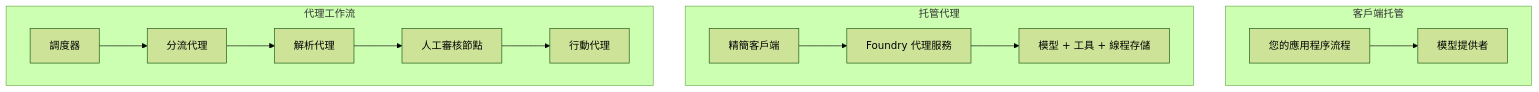
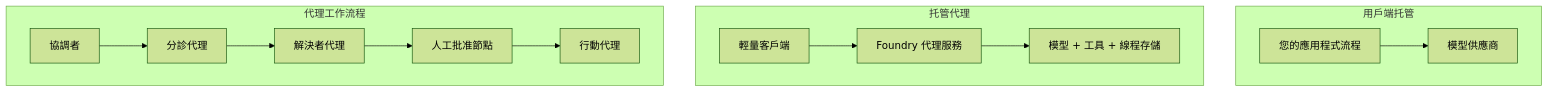
One commit to gabrielmoreira/agent-skills-mirror changed the first of 4 diagrams in mirrors/repos/microsoft@ai-agents-for-beginners/translations/zh-HK/16-deploying-scalable-agents/README.md. Above: the diagram before and after it, drawn with Mermaid (forest theme). The commit also changed other lines of this file and 4262 other files, not shown here.

````diff
--- a/mirrors/repos/microsoft@ai-agents-for-beginners/translations/zh-HK/16-deploying-scalable-agents/README.md
+++ b/mirrors/repos/microsoft@ai-agents-for-beginners/translations/zh-HK/16-deploying-scalable-agents/README.md
@@ -87,16 +87,16 @@
 ```mermaid
 flowchart TB
-    subgraph P1[客戶端托管]
-        A1[您的應用程序流程] --> M1[模型提供者]
+    subgraph P1[用戶端托管]
+        A1[您的應用程式流程] --> M1[模型供應商]
     end
     subgraph P2[托管代理]
-        A2[精簡客戶端] --> F2[Foundry 代理服務]
+        A2[輕量客戶端] --> F2[Foundry 代理服務]
         F2 --> M2[模型 + 工具 + 線程存儲]
     end
-    subgraph P3[代理工作流]
-        A3[調度器] --> S1[分流代理]
-        S1 --> S2[解析代理]
-        S2 --> H[人工審核節點]
+    subgraph P3[代理工作流程]
+        A3[協調者] --> S1[分診代理]
+        S1 --> S2[解決者代理]
+        S2 --> H[人工批准節點]
         H --> S3[行動代理]
     end
 ```
````
